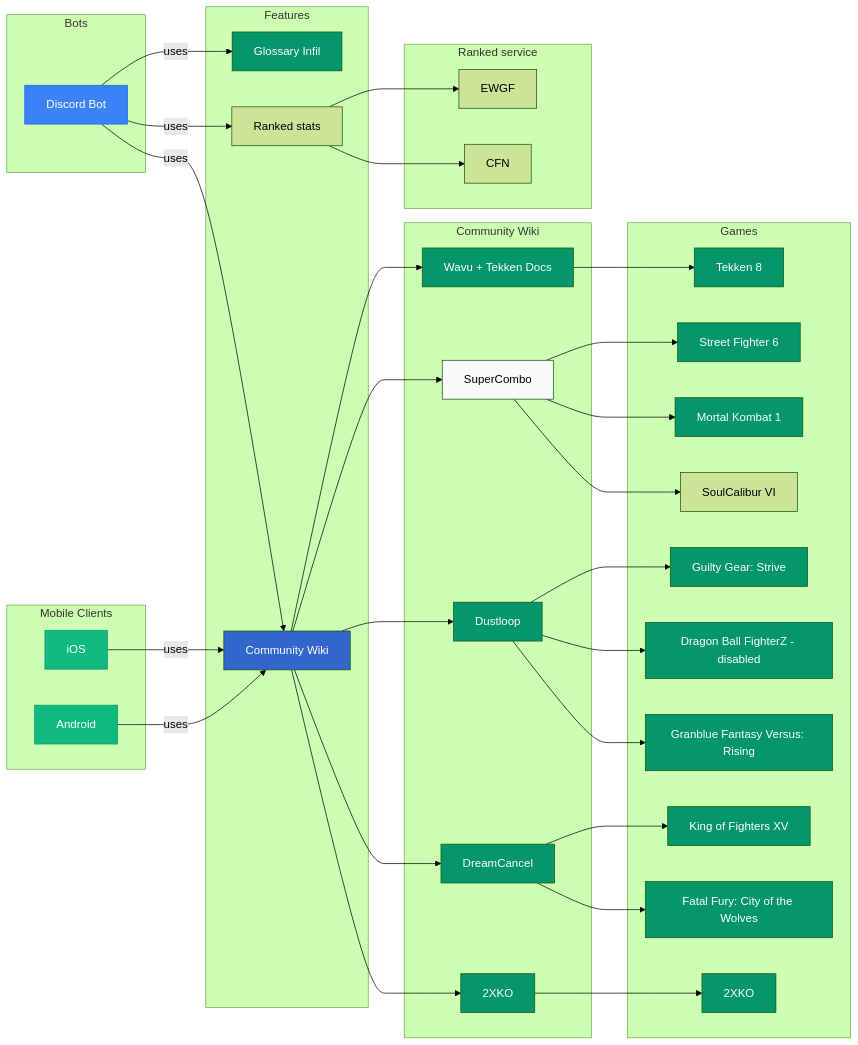
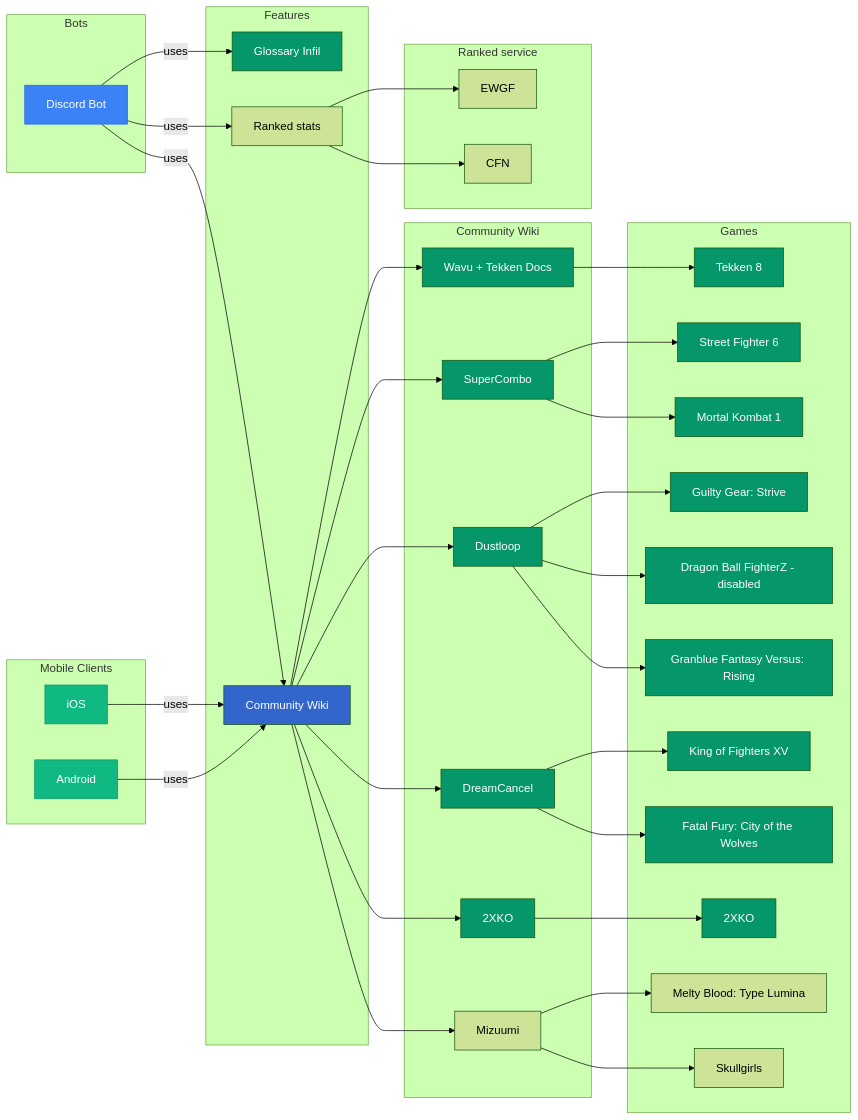
The diagram in README.md (Sophon/FightingNerd), drawn with Mermaid (forest theme) before and after one commit. The commit also changed 1 other file, not shown here.

Commit message:
doc (mermaid): content

````diff
--- a/README.md
+++ b/README.md
@@ -42,19 +42,21 @@
         2xko[2XKO]
         dustloop[Dustloop]
         dreamcancel[DreamCancel]
+        mizuumi[Mizuumi]
     end
 
     subgraph Games
         t8[Tekken 8]
         sf6[Street Fighter 6]
         mk1[Mortal Kombat 1]
-        sc6[SoulCalibur VI]
         ggst[Guilty Gear: Strive]
         dbfz[Dragon Ball FighterZ - disabled]
         gbvsr[Granblue Fantasy Versus: Rising]
         kof15[King of Fighters XV]
         cotw[Fatal Fury: City of the Wolves]
         xko[2XKO]
+        melty[Melty Blood: Type Lumina]
+        sg[Skullgirls]
     end
 
     subgraph Ranked service
@@ -74,6 +76,7 @@
     communityWiki --> 2xko
     communityWiki --> dreamcancel
     communityWiki --> dustloop
+    communityWiki --> mizuumi
 
     elo --> ewgf
     elo --> cfn
@@ -81,32 +84,33 @@
     wikiWavu --> t8
     supercombo --> sf6
     supercombo --> mk1
-    supercombo --> sc6
     dustloop --> ggst
     dustloop --> dbfz
     dustloop --> gbvsr
     2xko --> xko
     dreamcancel --> kof15
     dreamcancel --> cotw
+    mizuumi --> melty
+    mizuumi --> sg
 
 
-    style discordBot fill:#3B82F6,stroke:#2563EB,color:#fff
-    style android fill:#10B981,stroke:#059669,color:#fff
-    style iOS fill:#10B981,stroke:#059669,color:#fff
-    style glossaryInfil fill:#059669,color:#fff
-    style communityWiki fill:#3366CC,color:#fff
-    style wikiWavu fill:#059669,color:#fff
-    style supercombo fill:#F8F9FA,color:#000000
+    style discordBot fill:#3B82F6,stroke:#2563EB, color:#fff
+    style android fill:#10B981,stroke:#059669, color:#fff
+    style iOS fill:#10B981,stroke:#059669, color:#fff
+    style glossaryInfil fill:#059669, color:#fff
+    style communityWiki fill:#3366CC, color:#fff
+    style wikiWavu fill:#059669, color:#fff
+    style supercombo fill:#059669, color:#fff
     style dreamcancel fill:#059669, color:#fff
-    style dustloop fill:#059669,color:#fff
-    style 2xko fill:#059669,color:#fff
+    style dustloop fill:#059669, color:#fff
+    style 2xko fill:#059669, color:#fff
     style t8 fill:#059669, color:#fff
     style sf6 fill:#059669, color:#fff
     style xko fill:#059669, color:#fff
-    style kof15 fill:#059669,color:#fff
-    style cotw fill:#059669,color:#fff
-    style ggst fill:#059669,color:#fff
-    style mk1 fill:#059669,color:#fff
-    style dbfz fill:#059669,color:#fff
-    style gbvsr fill:#059669,color:#fff
+    style kof15 fill:#059669, color:#fff
+    style cotw fill:#059669, color:#fff
+    style ggst fill:#059669, color:#fff
+    style mk1 fill:#059669, color:#fff
+    style dbfz fill:#059669, color:#fff
+    style gbvsr fill:#059669, color:#fff
   ```
````
